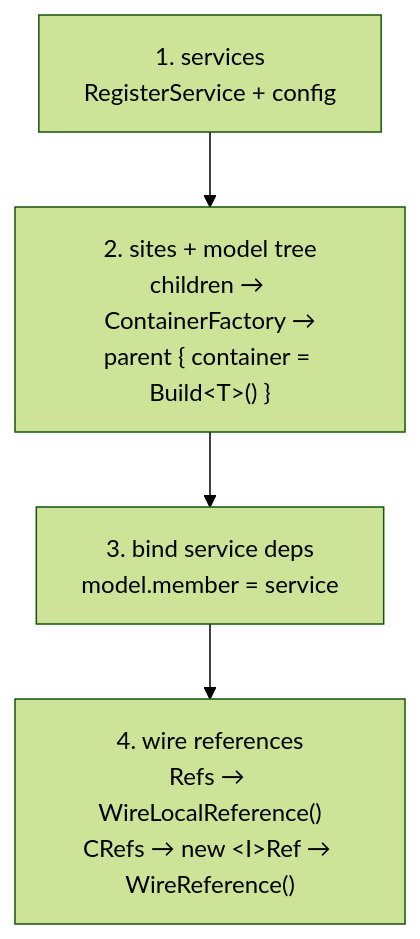
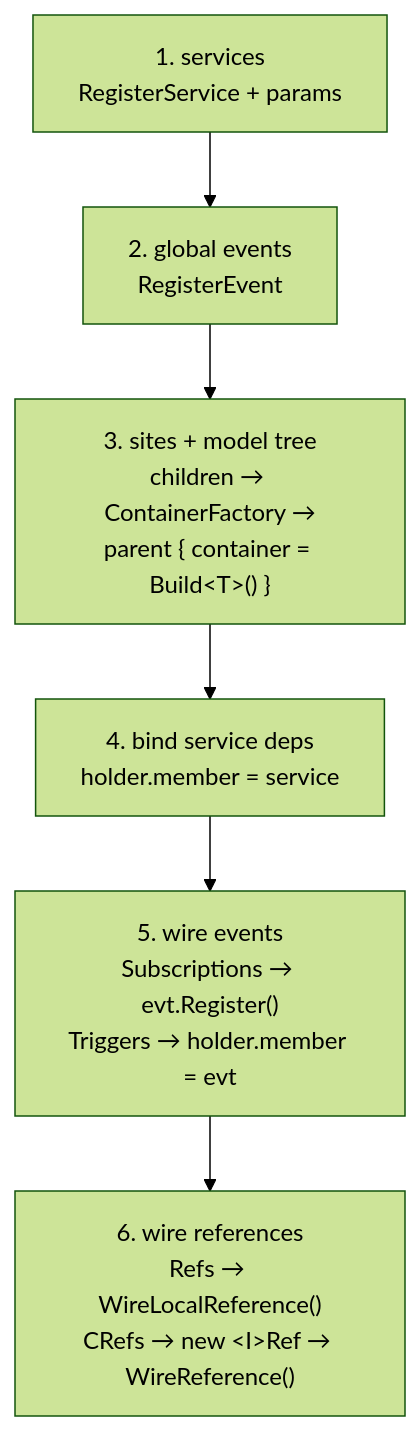
One commit to SimulaSharp-org/simulasharp-docs changed the second of 2 diagrams in public/content/the-assembly.md. Above: the diagram before and after it, drawn with Mermaid (forest theme). The commit also changed other lines of this file and 3 other files, not shown here.

````diff
--- a/public/content/the-assembly.md
+++ b/public/content/the-assembly.md
@@ -198,6 +251,8 @@
 ```mermaid
 flowchart TB
-  S["1. services<br/>RegisterService + config"] --> ST["2. sites + model tree<br/>children → ContainerFactory →<br/>parent { container = Build&lt;T&gt;() }"]
-  ST --> D["3. bind service deps<br/>model.member = service"]
-  D --> R["4. wire references<br/>Refs → WireLocalReference()<br/>CRefs → new &lt;I&gt;Ref → WireReference()"]
+  S["1. services<br/>RegisterService + params"] --> EV["2. global events<br/>RegisterEvent"]
+  EV --> ST["3. sites + model tree<br/>children → ContainerFactory →<br/>parent { container = Build&lt;T&gt;() }"]
+  ST --> D["4. bind service deps<br/>holder.member = service"]
+  D --> E["5. wire events<br/>Subscriptions → evt.Register()<br/>Triggers → holder.member = evt"]
+  E --> R["6. wire references<br/>Refs → WireLocalReference()<br/>CRefs → new &lt;I&gt;Ref → WireReference()"]
 ```
````
